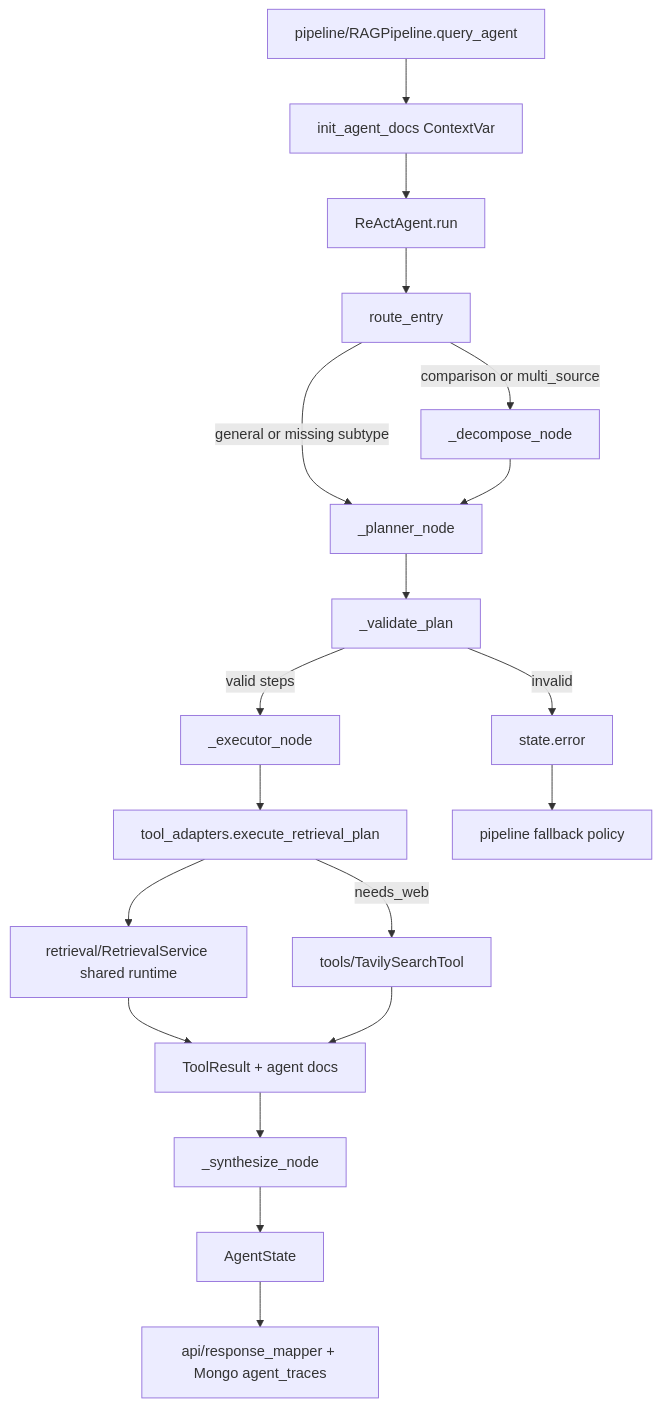
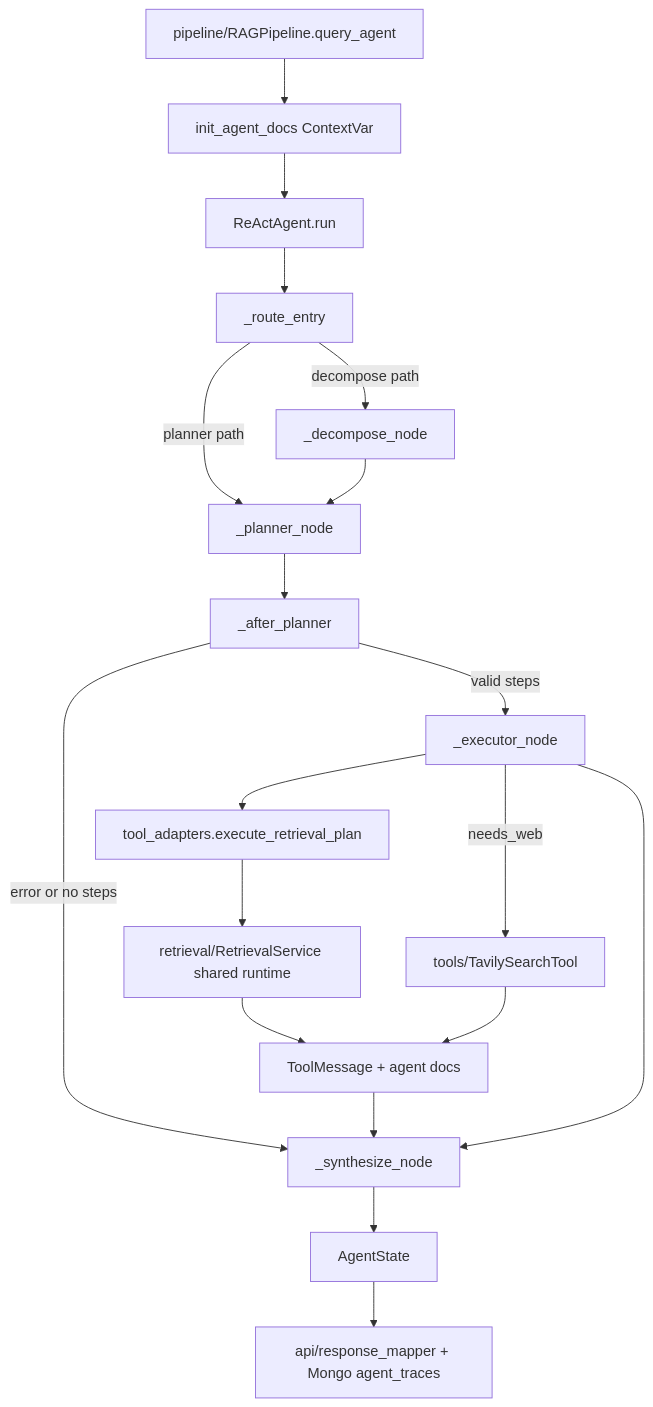
Before and after one commit to hoainam183/GR: the diagram in src/RAG_v2/agent/MODULE.md, drawn with Mermaid. The commit also changed other lines of this file and 50 other files, not shown here.

````diff
--- a/src/RAG_v2/agent/MODULE.md
+++ b/src/RAG_v2/agent/MODULE.md
@@ -65,21 +75,21 @@
 ```mermaid
 flowchart TD
   Pipeline["pipeline/RAGPipeline.query_agent"] --> InitDocs["init_agent_docs ContextVar"]
   InitDocs --> Run["ReActAgent.run"]
-  Run --> Route["route_entry"]
-  Route -->|comparison or multi_source| Decompose["_decompose_node"]
-  Route -->|general or missing subtype| Planner["_planner_node"]
+  Run --> Route["_route_entry"]
+  Route -->|decompose path| Decompose["_decompose_node"]
+  Route -->|planner path| Planner["_planner_node"]
   Decompose --> Planner
-  Planner --> Validate["_validate_plan"]
-  Validate -->|valid steps| Execute["_executor_node"]
-  Validate -->|invalid| ErrorState["state.error"]
+  Planner --> After["_after_planner"]
+  After -->|valid steps| Execute["_executor_node"]
+  After -->|error or no steps| Synthesize["_synthesize_node"]
   Execute --> Adapter["tool_adapters.execute_retrieval_plan"]
   Adapter --> Retrieval["retrieval/RetrievalService shared runtime"]
-  Adapter -->|needs_web| Tavily["tools/TavilySearchTool"]
-  Retrieval --> ToolResults["ToolResult + agent docs"]
-  Tavily --> ToolResults
-  ToolResults --> Synthesize["_synthesize_node"]
-  ErrorState --> PipelineFallback["pipeline fallback policy"]
+  Execute -->|needs_web| Tavily["tools/TavilySearchTool"]
+  Retrieval --> ToolMsgs["ToolMessage + agent docs"]
+  Tavily --> ToolMsgs
+  ToolMsgs --> Synthesize
+  Execute --> Synthesize
   Synthesize --> State["AgentState"]
   State --> Mapper["api/response_mapper + Mongo agent_traces"]
 ```
````
